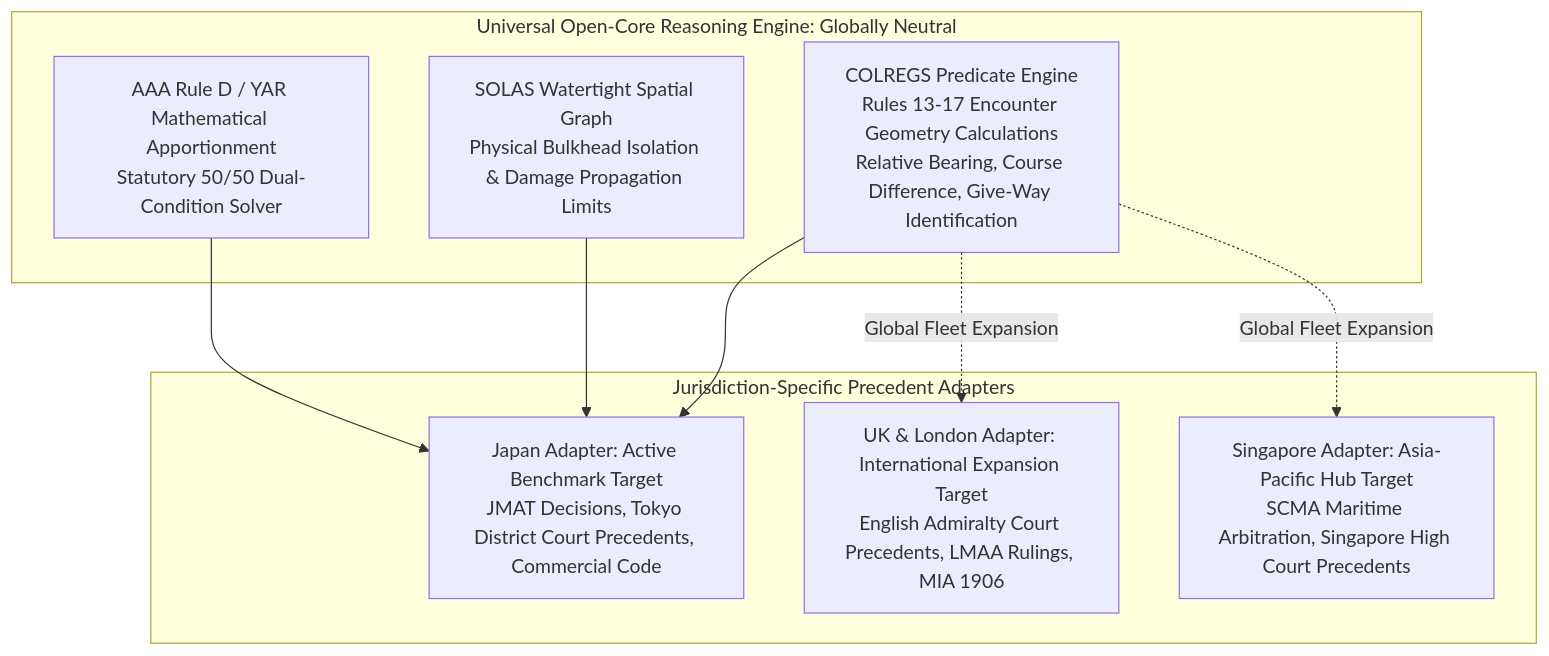
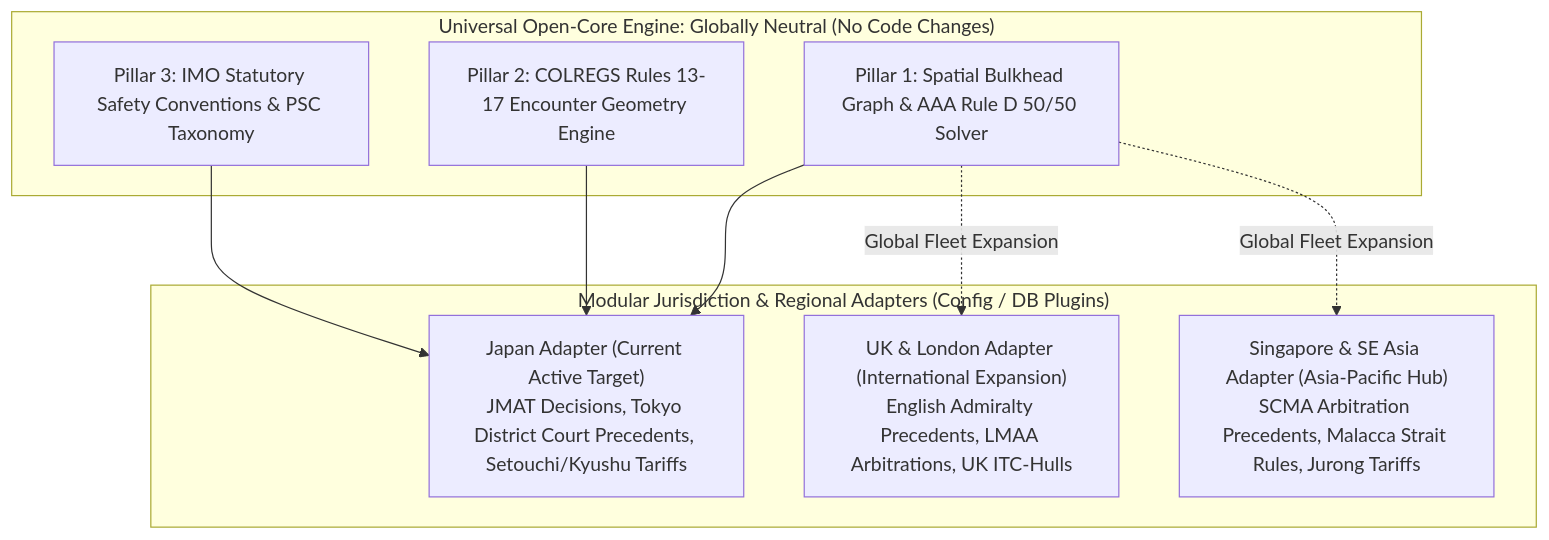
Before and after one commit to edgesentry/marine-claims-ai: the fourth of 4 diagrams in docs/public_benchmarks_and_accuracy_evaluation.md, drawn with Mermaid. The commit also changed other lines of this file and 1 other file, not shown here.

Commit message:
docs: specify two-tier core vs adapter architecture in technical stack

````diff
--- a/docs/public_benchmarks_and_accuracy_evaluation.md
+++ b/docs/public_benchmarks_and_accuracy_evaluation.md
@@ -228,20 +230,20 @@
 ```mermaid
 flowchart TD
-    subgraph CORE["Universal Open-Core Reasoning Engine: Globally Neutral"]
-        C1["COLREGS Predicate Engine\nRules 13-17 Encounter Geometry Calculations\nRelative Bearing, Course Difference, Give-Way Identification"]
-        C2["SOLAS Watertight Spatial Graph\nPhysical Bulkhead Isolation & Damage Propagation Limits"]
-        C3["AAA Rule D / YAR Mathematical Apportionment\nStatutory 50/50 Dual-Condition Solver"]
+    subgraph CORE["Universal Open-Core Engine: Globally Neutral (No Code Changes)"]
+        C1["Pillar 1: Spatial Bulkhead Graph & AAA Rule D 50/50 Solver"]
+        C2["Pillar 2: COLREGS Rules 13-17 Encounter Geometry Engine"]
+        C3["Pillar 3: IMO Statutory Safety Conventions & PSC Taxonomy"]
     end
 
-    subgraph ADAPTERS["Jurisdiction-Specific Precedent Adapters"]
-        J1["Japan Adapter: Active Benchmark Target\nJMAT Decisions, Tokyo District Court Precedents, Commercial Code"]
-        J2["UK & London Adapter: International Expansion Target\nEnglish Admiralty Court Precedents, LMAA Rulings, MIA 1906"]
-        J3["Singapore Adapter: Asia-Pacific Hub Target\nSCMA Maritime Arbitration, Singapore High Court Precedents"]
+    subgraph ADAPTERS["Modular Jurisdiction & Regional Adapters (Config / DB Plugins)"]
+        A1["Japan Adapter (Current Active Target)\nJMAT Decisions, Tokyo District Court Precedents, Setouchi/Kyushu Tariffs"]
+        A2["UK & London Adapter (International Expansion)\nEnglish Admiralty Precedents, LMAA Arbitrations, UK ITC-Hulls"]
+        A3["Singapore & SE Asia Adapter (Asia-Pacific Hub)\nSCMA Arbitration Precedents, Malacca Strait Rules, Jurong Tariffs"]
     end
 
-    C1 --> J1
-    C2 --> J1
-    C3 --> J1
-    C1 -.->|"Global Fleet Expansion"| J2
-    C1 -.->|"Global Fleet Expansion"| J3
+    C1 --> A1
+    C2 --> A1
+    C3 --> A1
+    C1 -.->|"Global Fleet Expansion"| A2
+    C1 -.->|"Global Fleet Expansion"| A3
 ```
````
